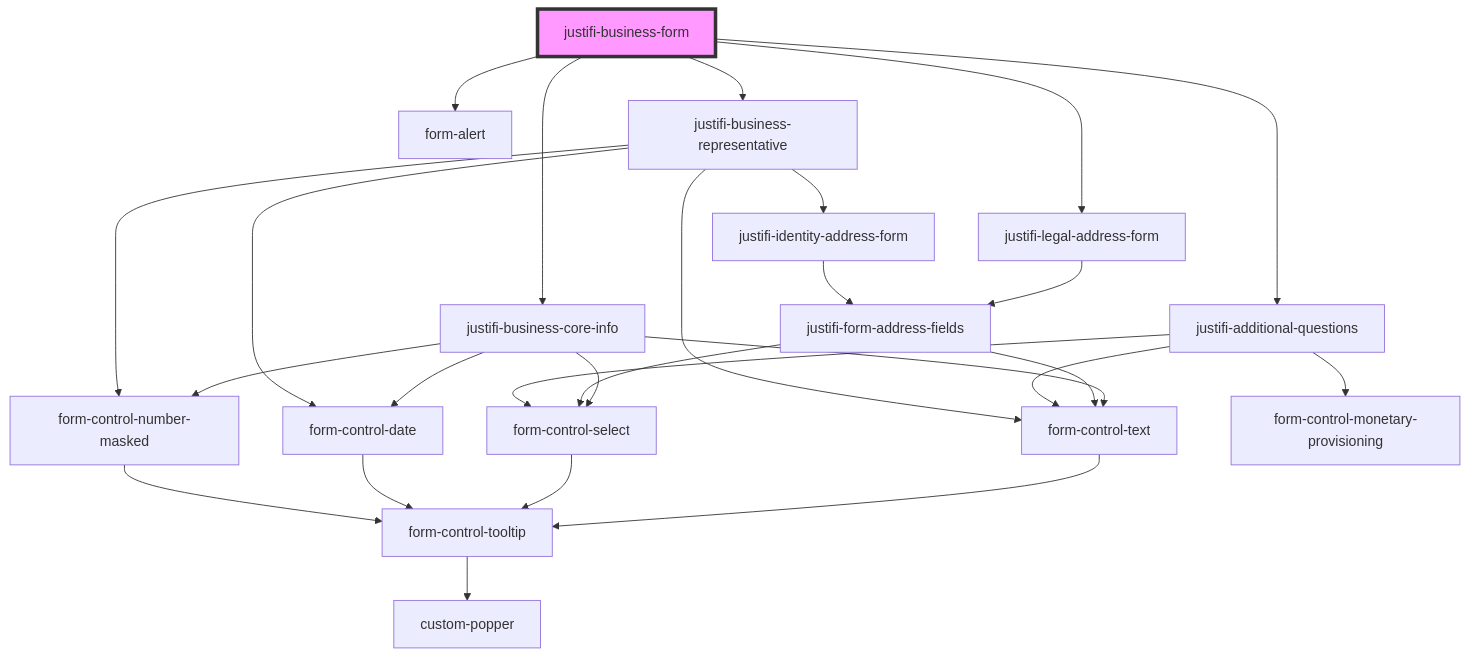
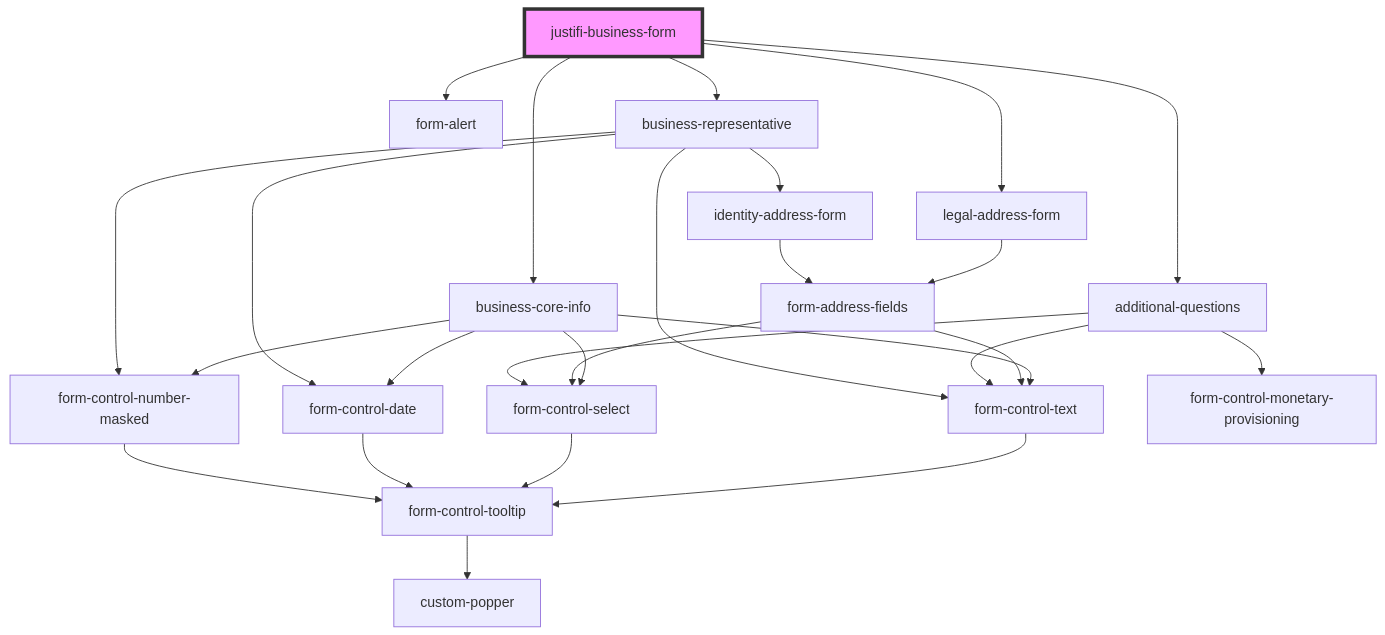
Before and after one commit to justifi-tech/web-component-library: the diagram in packages/webcomponents/src/components/business-forms/business-form/readme.md, drawn with Mermaid. The commit also changed other lines of this file and 236 other files, not shown here.

````diff
--- a/packages/webcomponents/src/components/business-forms/business-form/readme.md
+++ b/packages/webcomponents/src/components/business-forms/business-form/readme.md
@@ -39,29 +39,29 @@
 ```mermaid
 graph TD;
   justifi-business-form --> form-alert
-  justifi-business-form --> justifi-business-core-info
-  justifi-business-form --> justifi-legal-address-form
-  justifi-business-form --> justifi-additional-questions
-  justifi-business-form --> justifi-business-representative
-  justifi-business-core-info --> form-control-text
-  justifi-business-core-info --> form-control-select
-  justifi-business-core-info --> form-control-date
-  justifi-business-core-info --> form-control-number-masked
+  justifi-business-form --> business-core-info
+  justifi-business-form --> legal-address-form
+  justifi-business-form --> additional-questions
+  justifi-business-form --> business-representative
+  business-core-info --> form-control-text
+  business-core-info --> form-control-select
+  business-core-info --> form-control-date
+  business-core-info --> form-control-number-masked
   form-control-text --> form-control-tooltip
   form-control-tooltip --> custom-popper
   form-control-select --> form-control-tooltip
   form-control-date --> form-control-tooltip
   form-control-number-masked --> form-control-tooltip
-  justifi-legal-address-form --> justifi-form-address-fields
-  justifi-form-address-fields --> form-control-text
-  justifi-form-address-fields --> form-control-select
-  justifi-additional-questions --> form-control-monetary-provisioning
-  justifi-additional-questions --> form-control-select
-  justifi-additional-questions --> form-control-text
-  justifi-business-representative --> form-control-text
-  justifi-business-representative --> form-control-number-masked
-  justifi-business-representative --> form-control-date
-  justifi-business-representative --> justifi-identity-address-form
-  justifi-identity-address-form --> justifi-form-address-fields
+  legal-address-form --> form-address-fields
+  form-address-fields --> form-control-text
+  form-address-fields --> form-control-select
+  additional-questions --> form-control-monetary-provisioning
+  additional-questions --> form-control-select
+  additional-questions --> form-control-text
+  business-representative --> form-control-text
+  business-representative --> form-control-number-masked
+  business-representative --> form-control-date
+  business-representative --> identity-address-form
+  identity-address-form --> form-address-fields
   style justifi-business-form fill:#f9f,stroke:#333,stroke-width:4px
 ```
````
